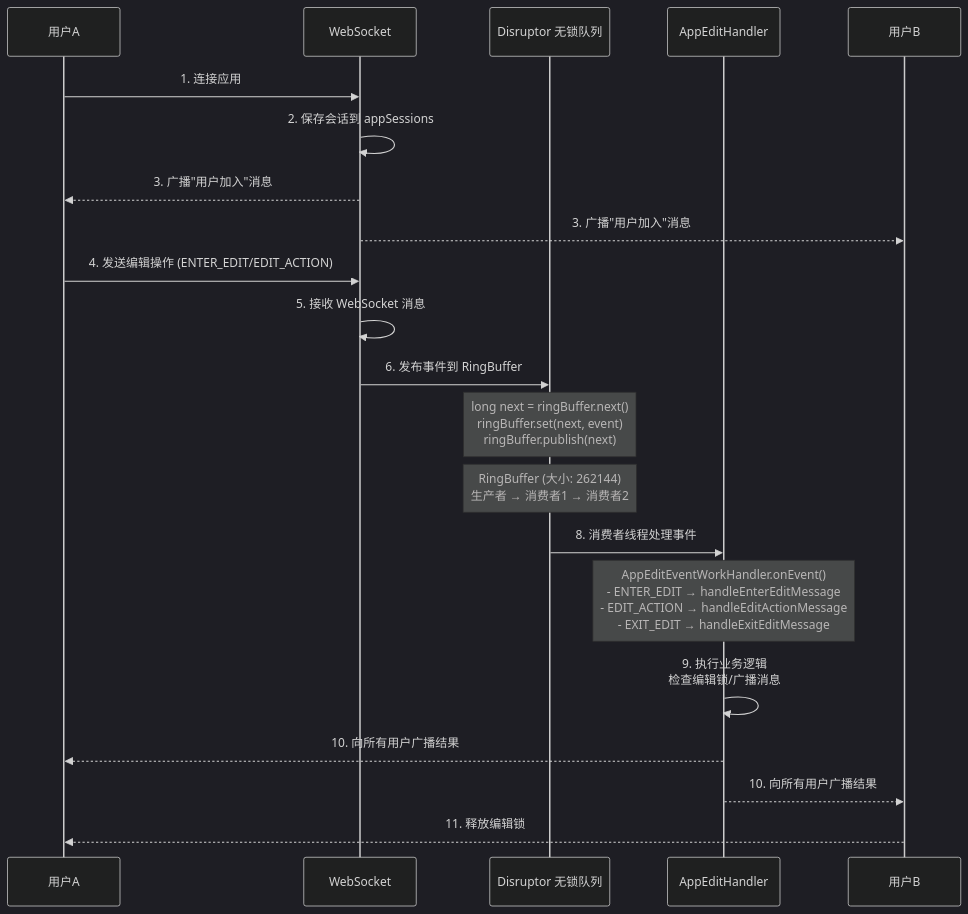
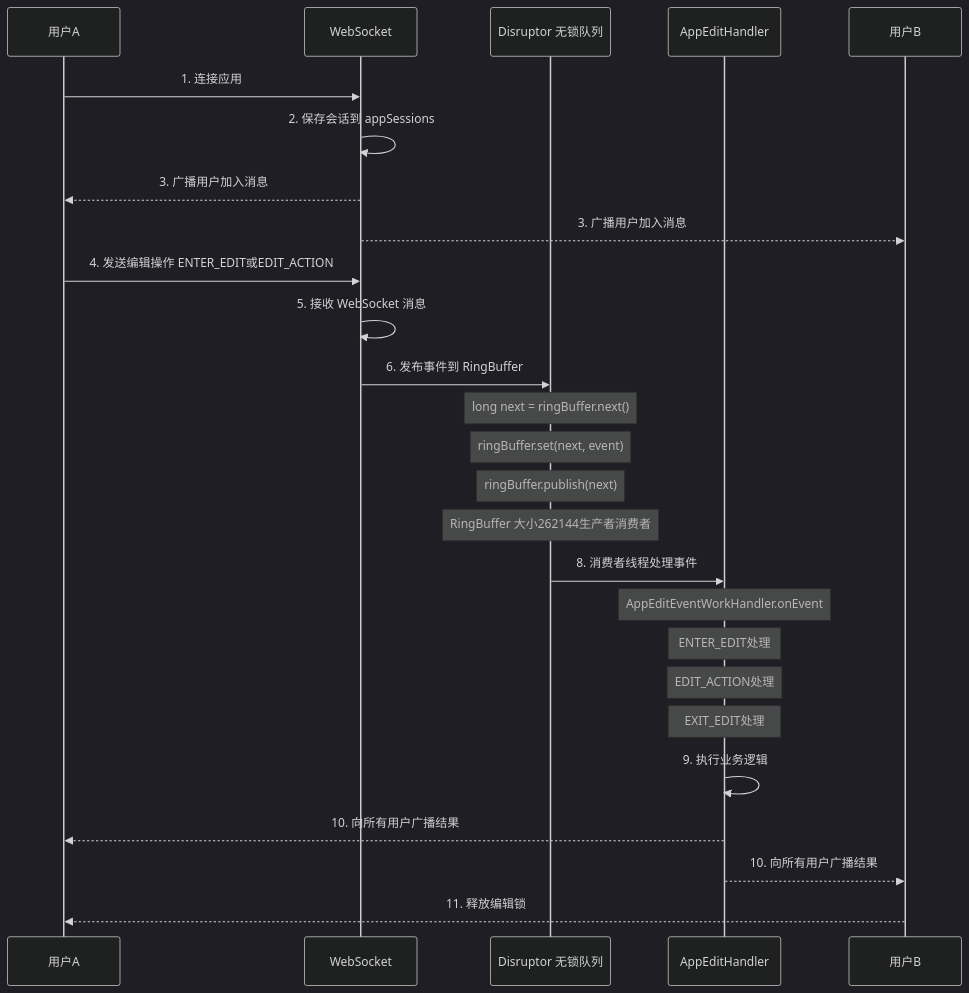
The first of 8 diagrams in README.md (014-code/ai-code), drawn with Mermaid (dark theme) before and after one commit. The commit also changed other lines of this file, not shown here.

````diff
--- a/README.md
+++ b/README.md
@@ -67,31 +67,36 @@
 ```mermaid
 sequenceDiagram
     participant A as 用户A
     participant WS as WebSocket
     participant Dis as Disruptor 无锁队列
     participant Handler as AppEditHandler
     participant B as 用户B
     
     A->>WS: 1. 连接应用
     WS->>WS: 2. 保存会话到 appSessions
-    WS-->>A: 3. 广播"用户加入"消息
-    WS-->>B: 3. 广播"用户加入"消息
+    WS-->>A: 3. 广播用户加入消息
+    WS-->>B: 3. 广播用户加入消息
     
-    A->>WS: 4. 发送编辑操作 (ENTER_EDIT/EDIT_ACTION)
+    A->>WS: 4. 发送编辑操作 ENTER_EDIT或EDIT_ACTION
     WS->>WS: 5. 接收 WebSocket 消息
     
     WS->>Dis: 6. 发布事件到 RingBuffer
-    Note over Dis: long next = ringBuffer.next()<br/>ringBuffer.set(next, event)<br/>ringBuffer.publish(next)
+    Note over Dis: long next = ringBuffer.next()
+    Note over Dis: ringBuffer.set(next, event)
+    Note over Dis: ringBuffer.publish(next)
     
-    Note over Dis: RingBuffer (大小: 262144)<br/>生产者 → 消费者1 → 消费者2
+    Note over Dis: RingBuffer 大小262144生产者消费者
     
     Dis->>Handler: 8. 消费者线程处理事件
-    Note over Handler: AppEditEventWorkHandler.onEvent()<br/>- ENTER_EDIT → handleEnterEditMessage<br/>- EDIT_ACTION → handleEditActionMessage<br/>- EXIT_EDIT → handleExitEditMessage
+    Note over Handler: AppEditEventWorkHandler.onEvent
+    Note over Handler: ENTER_EDIT处理
+    Note over Handler: EDIT_ACTION处理
+    Note over Handler: EXIT_EDIT处理
     
-    Handler->>Handler: 9. 执行业务逻辑<br/>检查编辑锁/广播消息
+    Handler->>Handler: 9. 执行业务逻辑
     
     Handler-->>A: 10. 向所有用户广播结果
     Handler-->>B: 10. 向所有用户广播结果
     
     B-->>A: 11. 释放编辑锁
 ```
````
